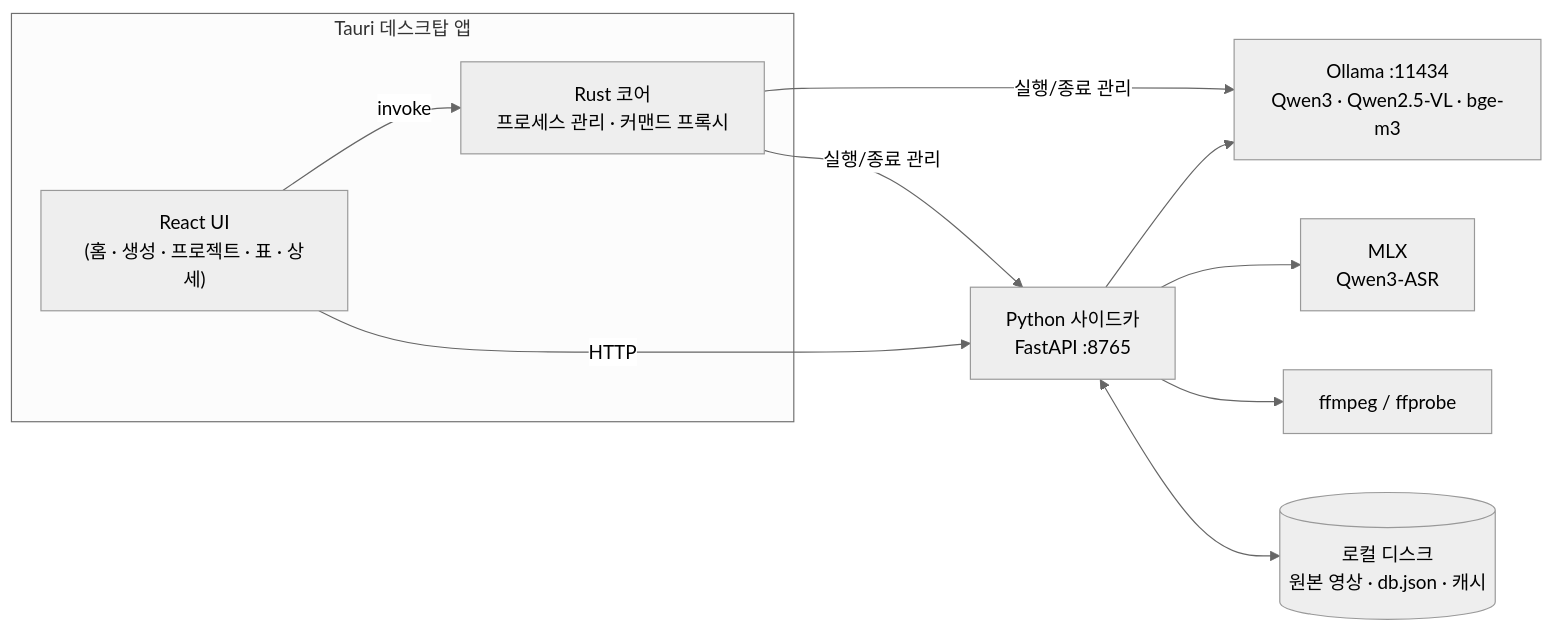
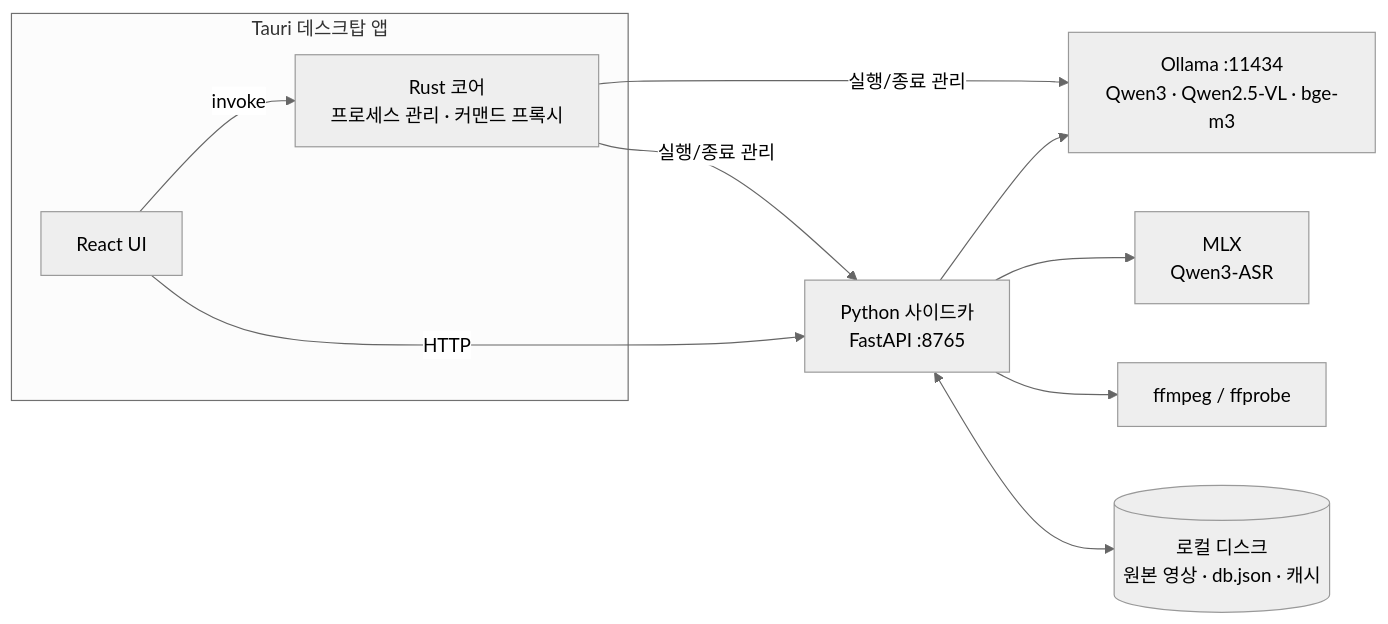
Before and after one commit to Gyuho-Han/preview_ai: the second of 3 diagrams in README.md, drawn with Mermaid (neutral theme). The commit also changed other lines of this file, not shown here.

````diff
--- a/README.md
+++ b/README.md
@@ -116,21 +142,21 @@
 ```mermaid
 flowchart LR
     subgraph App["Tauri 데스크탑 앱"]
-        UI["React UI<br/>(홈 · 생성 · 프로젝트 · 표 · 상세)"]
+        UI["React UI"]
         RS["Rust 코어<br/>프로세스 관리 · 커맨드 프록시"]
     end
     SC["Python 사이드카<br/>FastAPI :8765"]
     OL["Ollama :11434<br/>Qwen3 · Qwen2.5-VL · bge-m3"]
     MLX["MLX<br/>Qwen3-ASR"]
     FF["ffmpeg / ffprobe"]
     FS[("로컬 디스크<br/>원본 영상 · db.json · 캐시")]
 
     UI -- invoke --> RS
     RS -- 실행/종료 관리 --> SC
     RS -- 실행/종료 관리 --> OL
     UI -- HTTP --> SC
     SC --> OL
     SC --> MLX
     SC --> FF
     SC <--> FS
 ```
````
